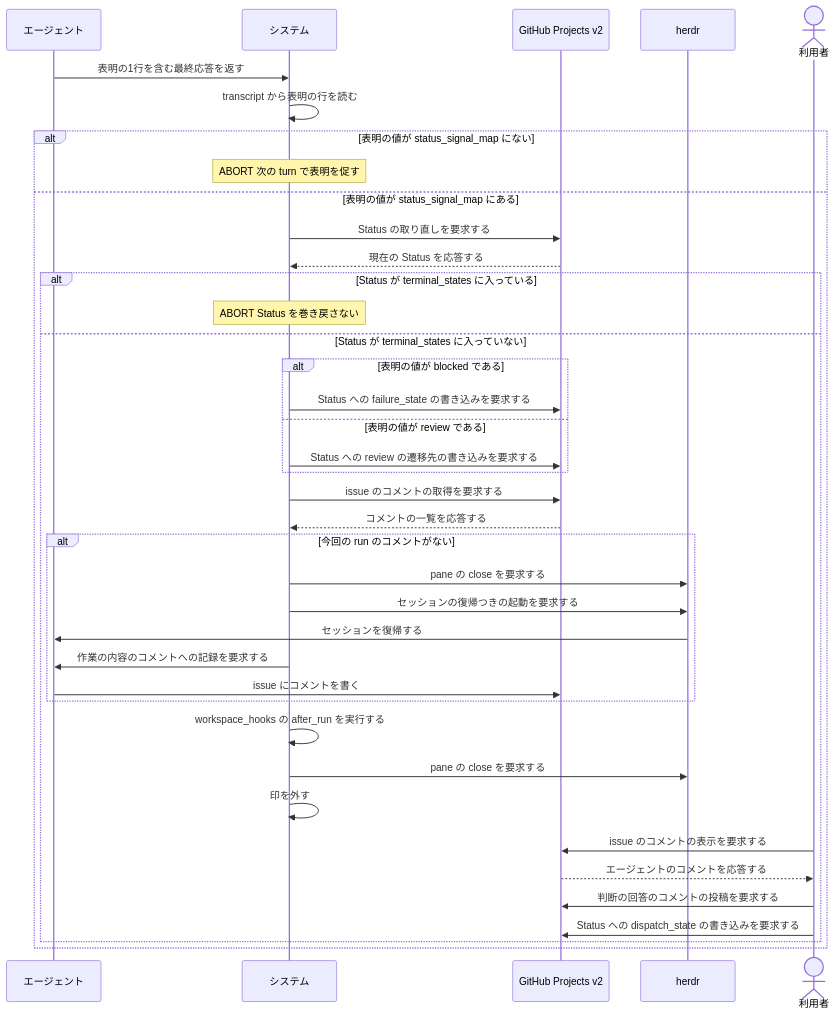
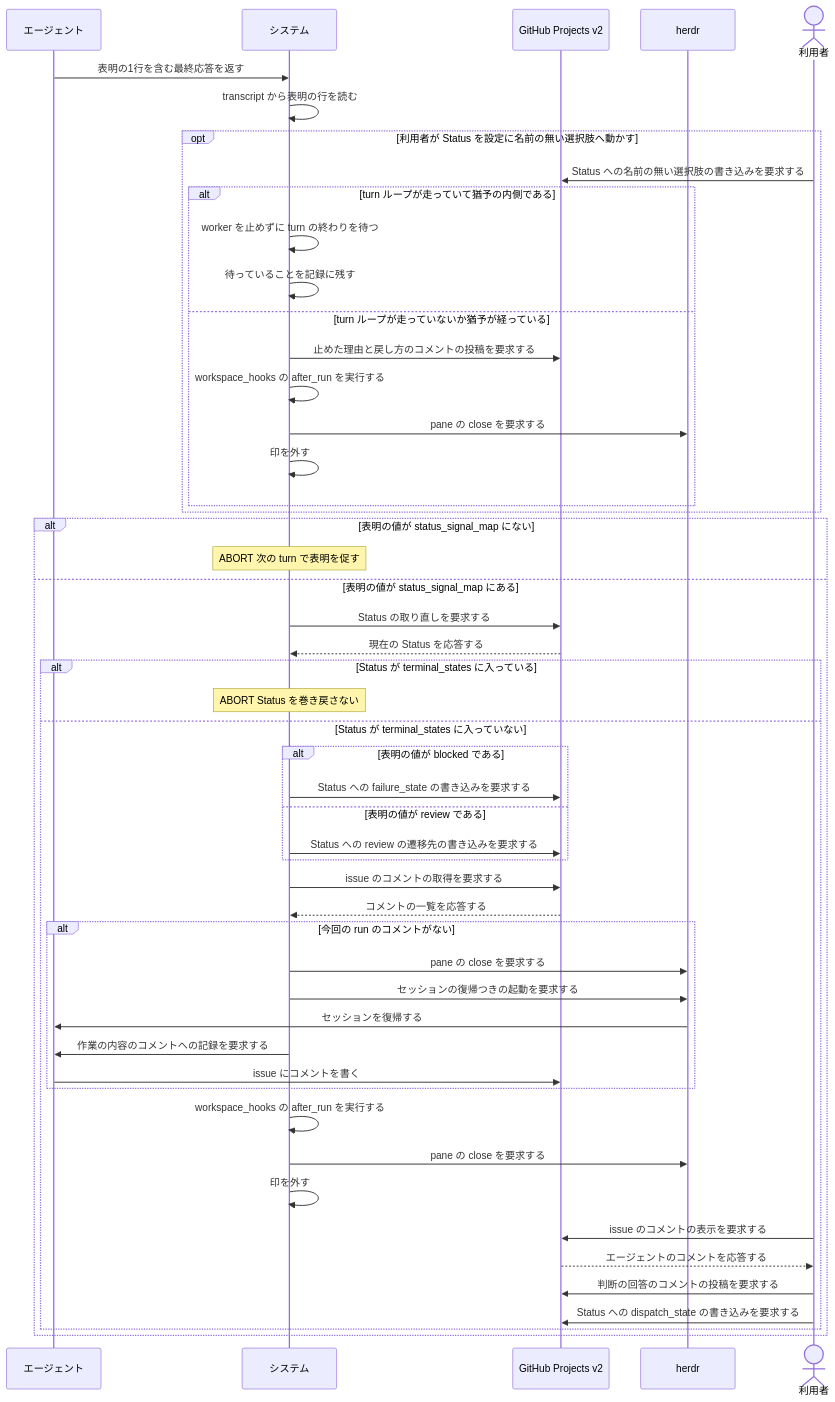
One commit to maimuzo/continuo changed the second of 2 diagrams in docs/spec/usecases/particular_case/人間に判断を渡す.rucm.md. Above: the diagram before and after it, drawn with Mermaid. The commit also changed other lines of this file and 19 other files, not shown here.

First line of the commit message:
知らない Status で黙って止まるのをやめる 理由を issue に残し turn の終わりを待つ

````diff
--- a/docs/spec/usecases/particular_case/人間に判断を渡す.rucm.md
+++ b/docs/spec/usecases/particular_case/人間に判断を渡す.rucm.md
@@ -175,42 +228,54 @@
 ```mermaid
 sequenceDiagram
     participant CC as エージェント
     participant S as システム
     participant GH as GitHub Projects v2
     participant H as herdr
     actor U as 利用者
 
     CC->>S: 表明の1行を含む最終応答を返す
     S->>S: transcript から表明の行を読む
+    opt 利用者が Status を設定に名前の無い選択肢へ動かす
+        U->>GH: Status への名前の無い選択肢の書き込みを要求する
+        alt turn ループが走っていて猶予の内側である
+            S->>S: worker を止めずに turn の終わりを待つ
+            S->>S: 待っていることを記録に残す
+        else turn ループが走っていないか猶予が経っている
+            S->>GH: 止めた理由と戻し方のコメントの投稿を要求する
+            S->>S: workspace_hooks の after_run を実行する
+            S->>H: pane の close を要求する
+            S->>S: 印を外す
+        end
+    end
     alt 表明の値が status_signal_map にない
         Note over S: ABORT 次の turn で表明を促す
     else 表明の値が status_signal_map にある
         S->>GH: Status の取り直しを要求する
         GH-->>S: 現在の Status を応答する
         alt Status が terminal_states に入っている
             Note over S: ABORT Status を巻き戻さない
         else Status が terminal_states に入っていない
             alt 表明の値が blocked である
                 S->>GH: Status への failure_state の書き込みを要求する
             else 表明の値が review である
                 S->>GH: Status への review の遷移先の書き込みを要求する
             end
             S->>GH: issue のコメントの取得を要求する
             GH-->>S: コメントの一覧を応答する
             alt 今回の run のコメントがない
                 S->>H: pane の close を要求する
                 S->>H: セッションの復帰つきの起動を要求する
                 H->>CC: セッションを復帰する
                 S->>CC: 作業の内容のコメントへの記録を要求する
                 CC->>GH: issue にコメントを書く
             end
             S->>S: workspace_hooks の after_run を実行する
             S->>H: pane の close を要求する
             S->>S: 印を外す
             U->>GH: issue のコメントの表示を要求する
             GH-->>U: エージェントのコメントを応答する
             U->>GH: 判断の回答のコメントの投稿を要求する
             U->>GH: Status への dispatch_state の書き込みを要求する
         end
     end
 ```
````
